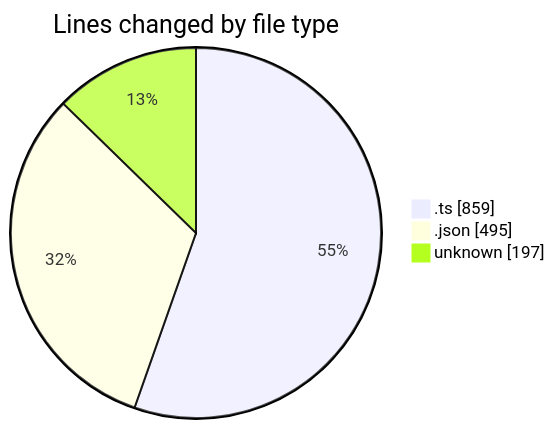
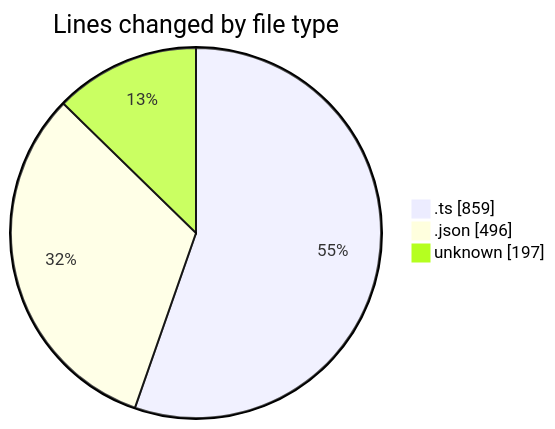
Before and after one commit to EIIisD/code-tracking: the first of 2 diagrams in 2025-08-24/chatgpt-extension/README.md, drawn with Mermaid. The commit also changed other lines of this file and 1 other file, not shown here.

````diff
--- a/2025-08-24/chatgpt-extension/README.md
+++ b/2025-08-24/chatgpt-extension/README.md
@@ -24,7 +24,7 @@
 ```mermaid
 pie showData
 title Lines changed by file type
 ".ts" : 859
-".json" : 495
+".json" : 496
 "unknown" : 197
 ```
````
